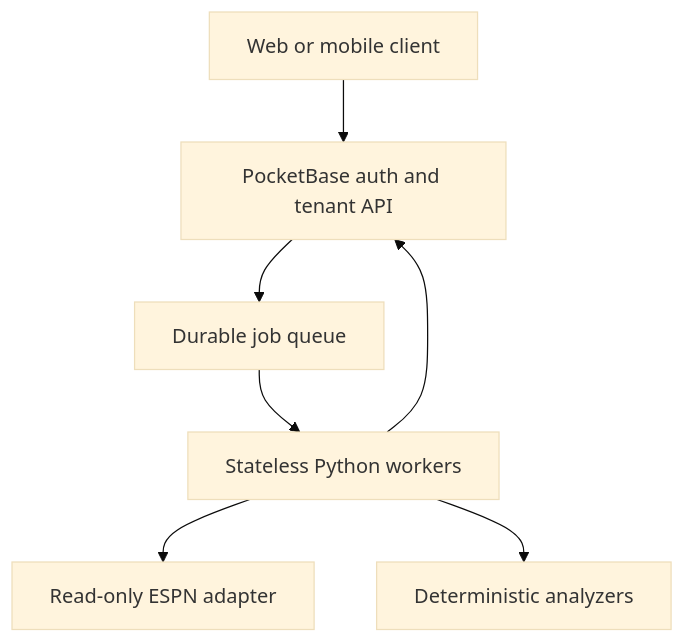
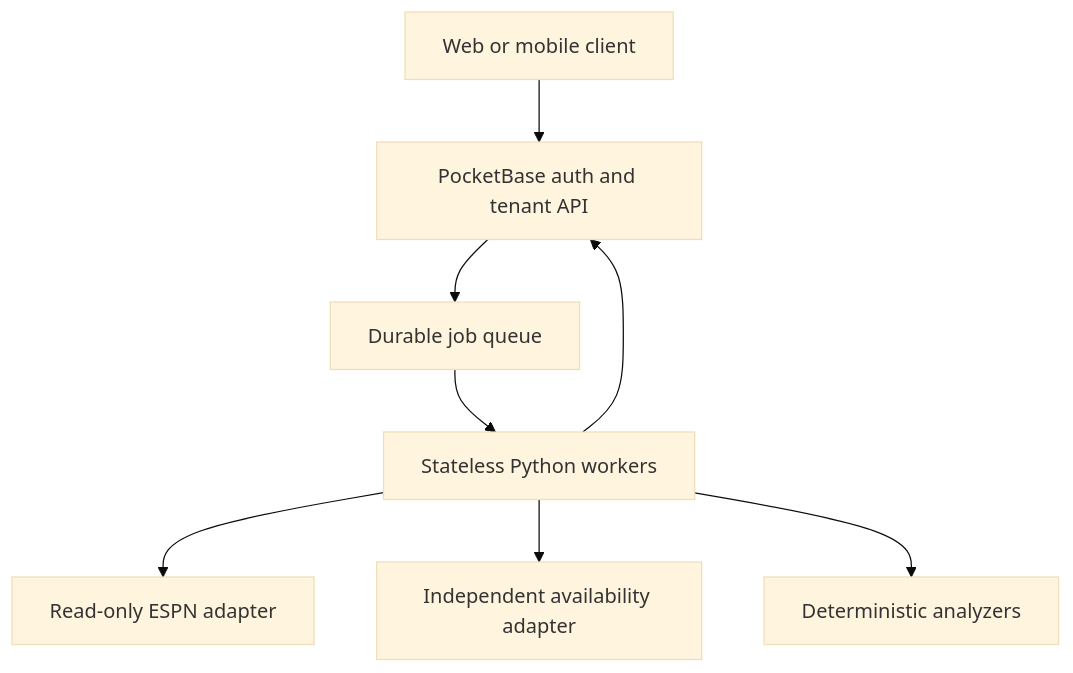
Before and after one commit to QuntmTech/LEAGUEPILOT-AI-: the diagram in docs/CLOUDPOD_BACKEND.md, drawn with Mermaid (base theme). The commit also changed other lines of this file and 24 other files, not shown here.

Commit message:
feat: add independent availability and retention engine

````diff
--- a/docs/CLOUDPOD_BACKEND.md
+++ b/docs/CLOUDPOD_BACKEND.md
@@ -9,9 +9,10 @@
 ```mermaid
 flowchart TD
     U[Web or mobile client] --> P[PocketBase auth and tenant API]
     P --> Q[Durable job queue]
     Q --> W[Stateless Python workers]
     W --> E[Read-only ESPN adapter]
+    W --> V[Independent availability adapter]
     W --> A[Deterministic analyzers]
     W --> P
 ```
````
